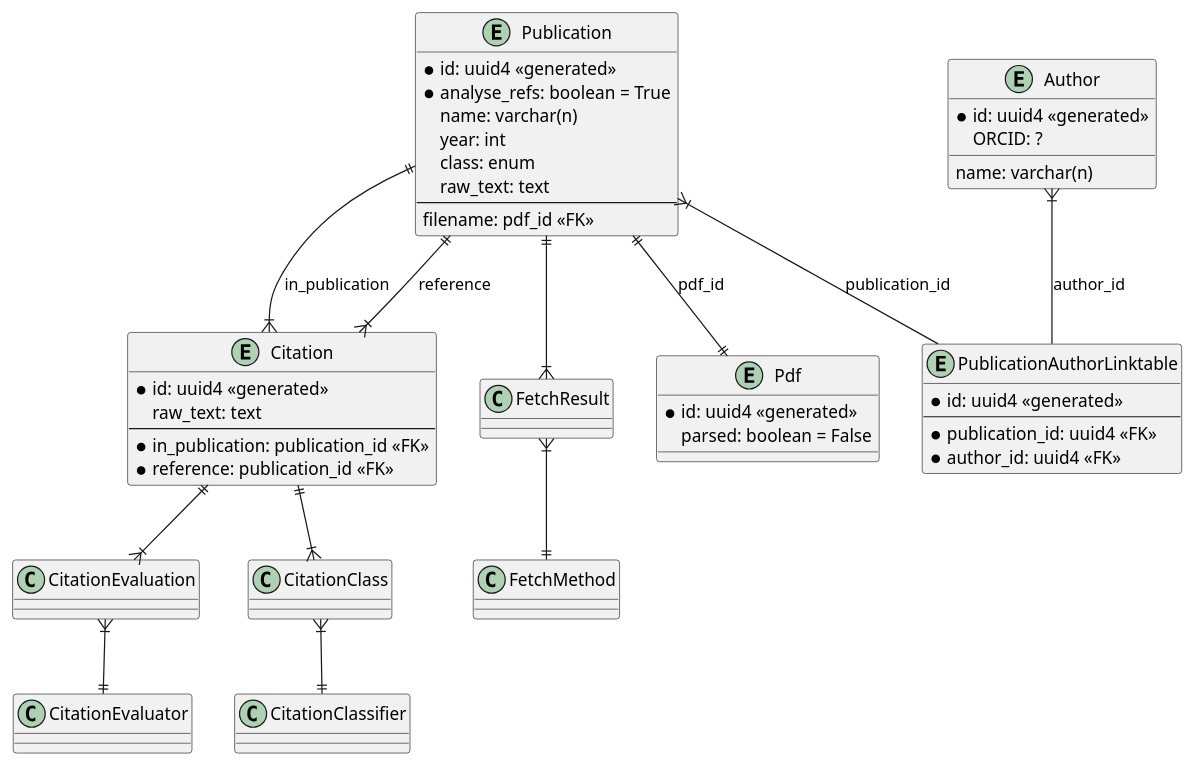
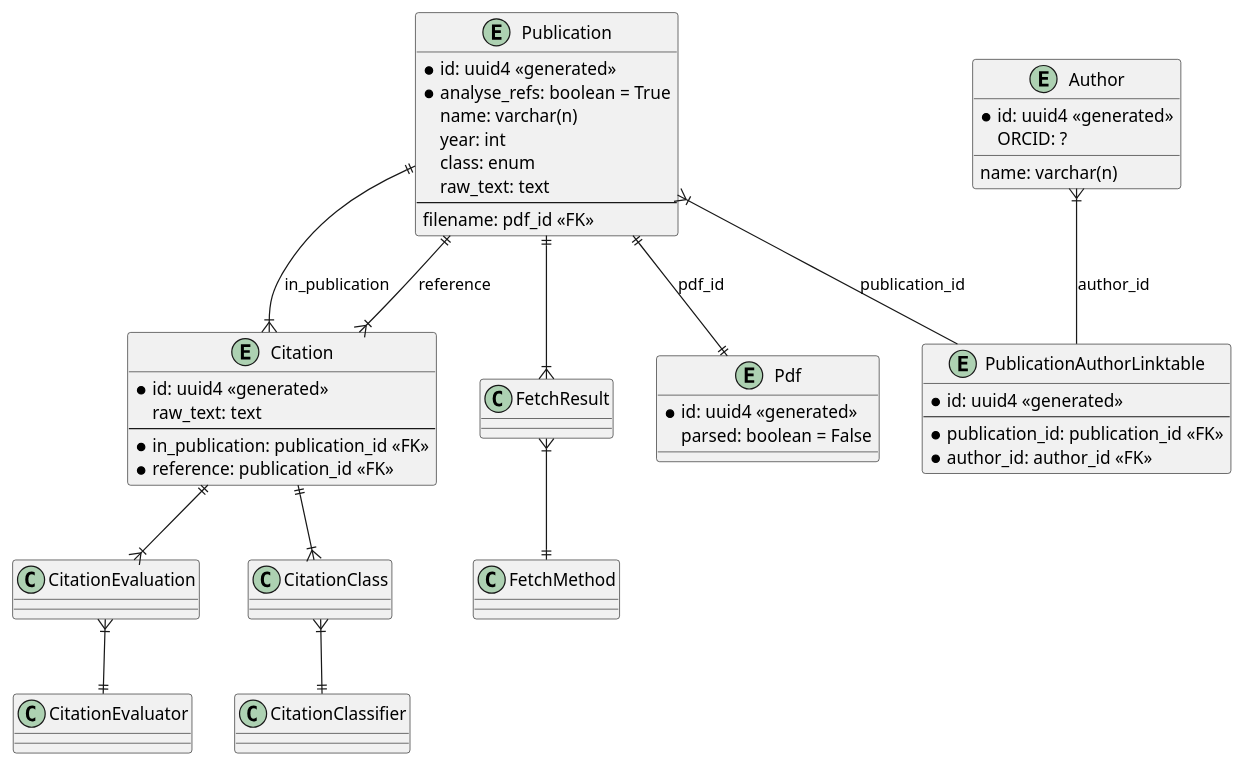
One commit to ouspg/refhandler changed the diagram in docs/database_schema.puml. Above: the diagram before and after it, drawn with PlantUML. The commit also changed 3 other files, not shown here.

Commit message:
more work on diagrams

```diff
--- a/docs/database_schema.puml
+++ b/docs/database_schema.puml
@@ -1,59 +1,59 @@
 @startuml Database Schema
 'skinparam linetype ortho
 
 entity Publication{
     *id: uuid4 <<generated>>
     *analyse_refs: boolean = True
     name: varchar(n)
     'university
     'faculty
     'programme
     year: int
     class: enum
     raw_text: text
     --
     filename: pdf_id <<FK>>
 }
 
 entity Pdf {
     *id: uuid4 <<generated>>
     parsed: boolean = False
 }
 
 entity PublicationAuthorLinktable{
     *id: uuid4 <<generated>>
     --
-    *publication_id: uuid4 <<FK>>
-    *author_id: uuid4 <<FK>>
+    *publication_id: publication_id <<FK>>
+    *author_id: author_id <<FK>>
 }
 
 entity Author{
     *id: uuid4 <<generated>>
     ORCID: ?
     name: varchar(n)
 }
 
 entity Citation{
     *id: uuid4 <<generated>>
     raw_text: text
     --
     *in_publication: publication_id <<FK>>
     *reference: publication_id <<FK>>
 }
 
 Publication ||--|| Pdf: pdf_id
 Publication }|-- PublicationAuthorLinktable: publication_id
 Author }|-- PublicationAuthorLinktable: author_id
 
 Publication ||--|{ FetchResult
 FetchResult }|--|| FetchMethod
 
 Publication ||--|{ Citation: in_publication
 Publication ||--|{ Citation: reference
 
 Citation ||--|{ CitationClass
 CitationClass }|--|| CitationClassifier
 Citation ||--|{ CitationEvaluation
 CitationEvaluation }|--|| CitationEvaluator
 
 @enduml
```
